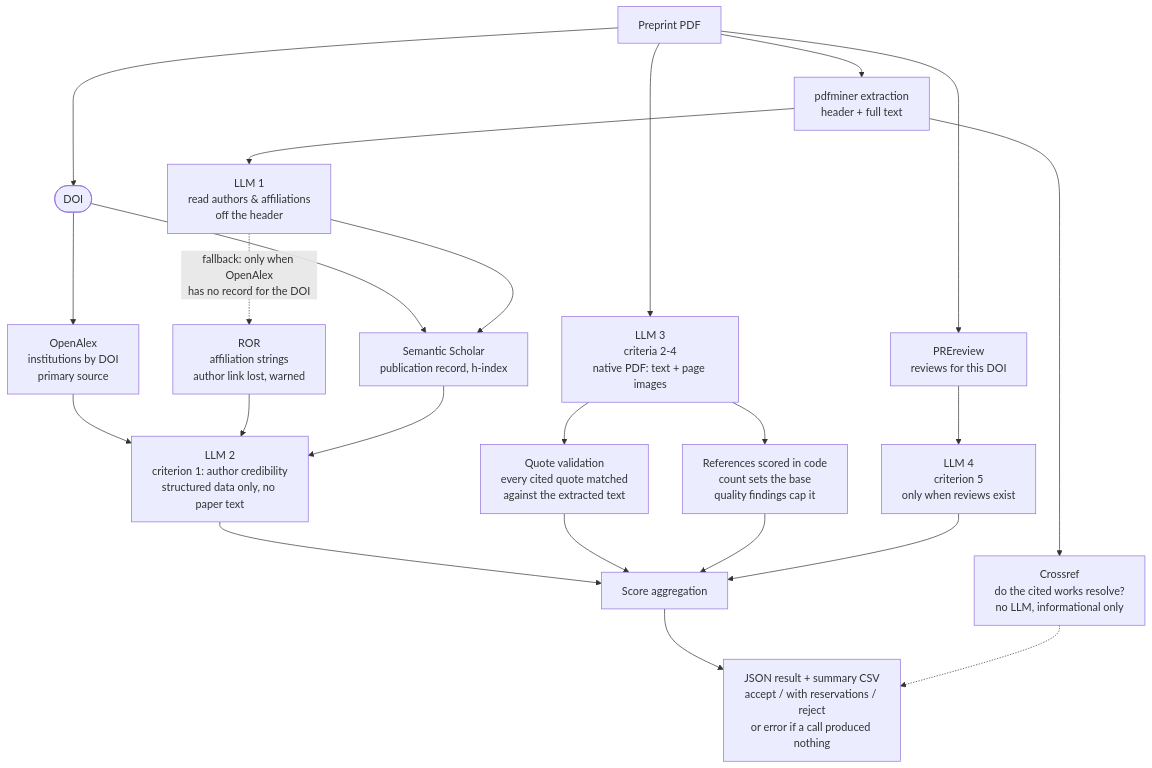
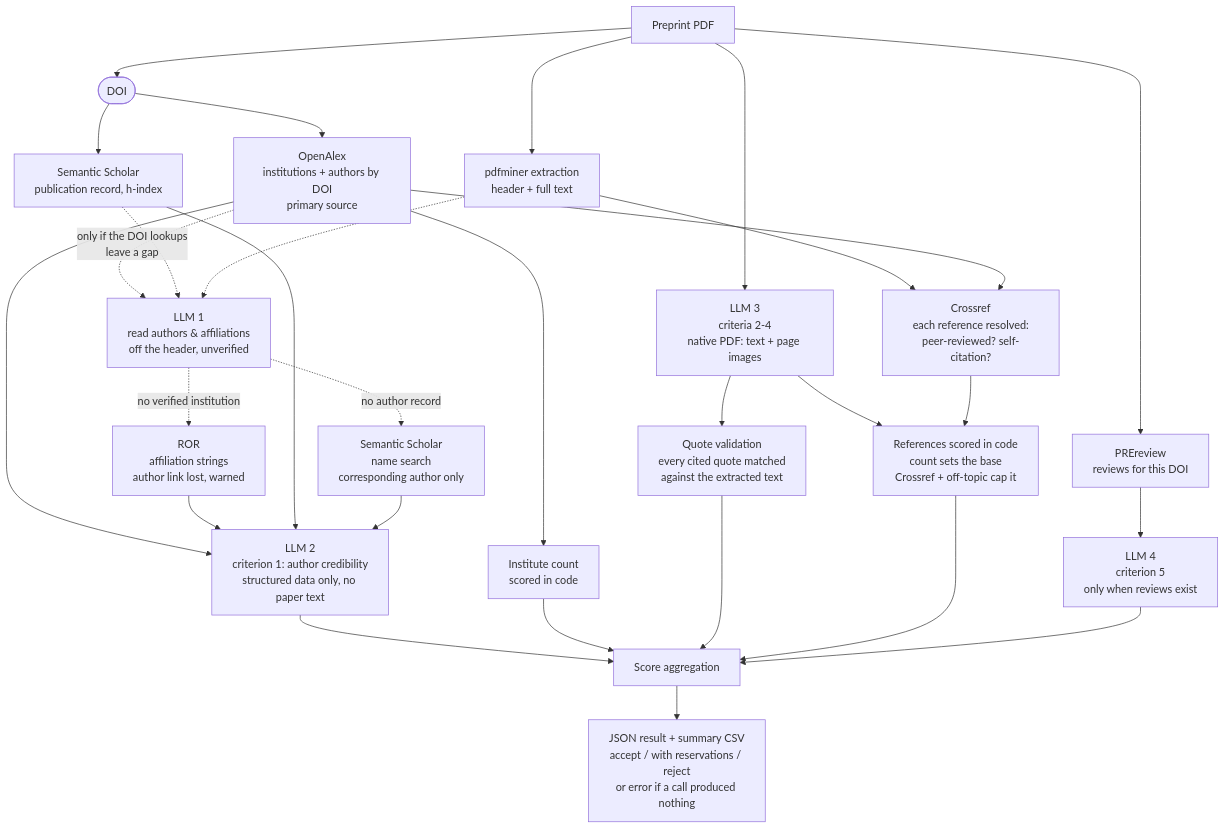
One commit to JuanFinello/preprints-classification-system changed the diagram in README.md. Above: the diagram before and after it, drawn with Mermaid. The commit also changed other lines of this file and 5 other files, not shown here.

````diff
--- a/README.md
+++ b/README.md
@@ -40,32 +40,37 @@
 ```mermaid
 flowchart TD
     A[Preprint PDF] --> B[pdfminer extraction<br/>header + full text]
+    A --> DOI([DOI])
 
-    A --> DOI([DOI])
-    B --> C[LLM 1<br/>read authors & affiliations<br/>off the header]
+    DOI --> D2[OpenAlex<br/>institutions + authors by DOI<br/>primary source]
+    DOI --> D3[Semantic Scholar<br/>publication record, h-index]
 
-    DOI --> D2[OpenAlex<br/>institutions by DOI<br/>primary source]
-    DOI --> D3[Semantic Scholar<br/>publication record, h-index]
-    C --> D3
-    C -. fallback: only when OpenAlex<br/>has no record for the DOI .-> D1[ROR<br/>affiliation strings<br/>author link lost, warned]
+    D2 -. only if the DOI lookups<br/>leave a gap .-> C[LLM 1<br/>read authors & affiliations<br/>off the header, unverified]
+    D3 -.-> C
+    B -.-> C
+    C -. no verified institution .-> D1[ROR<br/>affiliation strings<br/>author link lost, warned]
+    C -. no author record .-> D4[Semantic Scholar<br/>name search<br/>corresponding author only]
 
     D2 --> F[LLM 2<br/>criterion 1: author credibility<br/>structured data only, no paper text]
     D1 --> F
     D3 --> F
+    D4 --> F
+    D2 --> N[Institute count<br/>scored in code]
 
     A --> E[LLM 3<br/>criteria 2-4<br/>native PDF: text + page images]
     E --> I[Quote validation<br/>every cited quote matched<br/>against the extracted text]
-    E --> J[References scored in code<br/>count sets the base<br/>quality findings cap it]
+    B --> V[Crossref<br/>each reference resolved:<br/>peer-reviewed? self-citation?]
+    D2 --> V
+    E --> J[References scored in code<br/>count sets the base<br/>Crossref + off-topic cap it]
+    V --> J
 
     A --> H[PREreview<br/>reviews for this DOI]
     H --> G[LLM 4<br/>criterion 5<br/>only when reviews exist]
 
-    B --> V[Crossref<br/>do the cited works resolve?<br/>no LLM, informational only]
-
     F --> K[Score aggregation]
+    N --> K
     I --> K
     J --> K
     G --> K
     K --> L[JSON result + summary CSV<br/>accept / with reservations / reject<br/>or error if a call produced nothing]
-    V -.-> L
 ```
````
